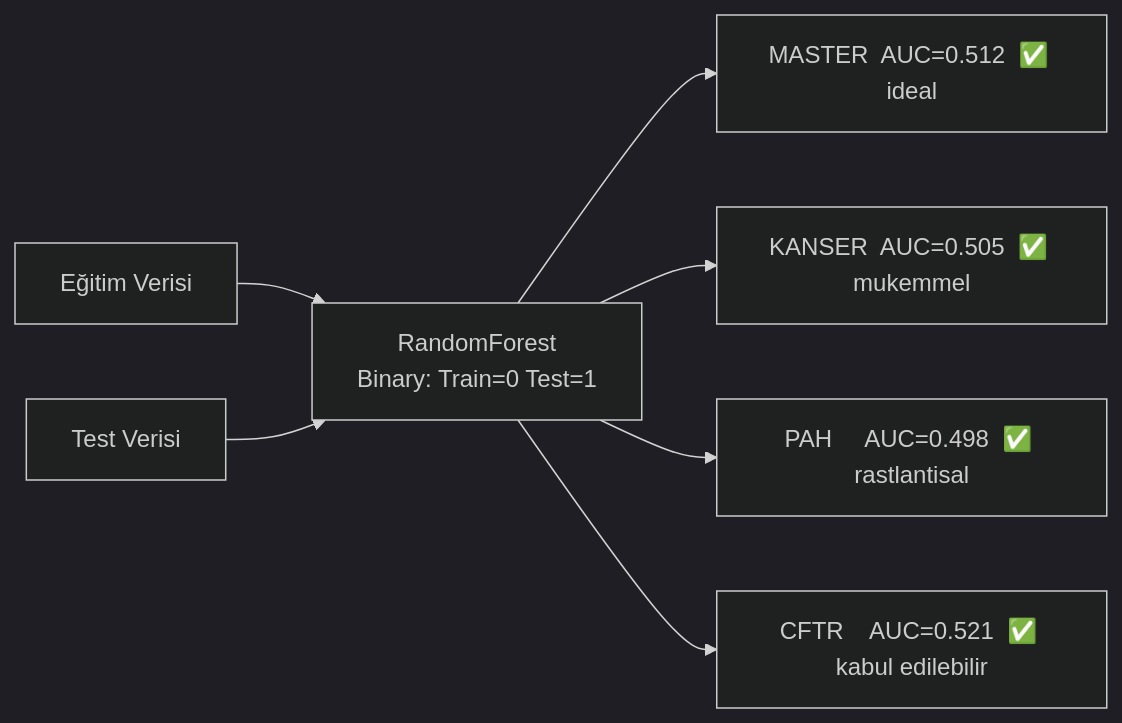
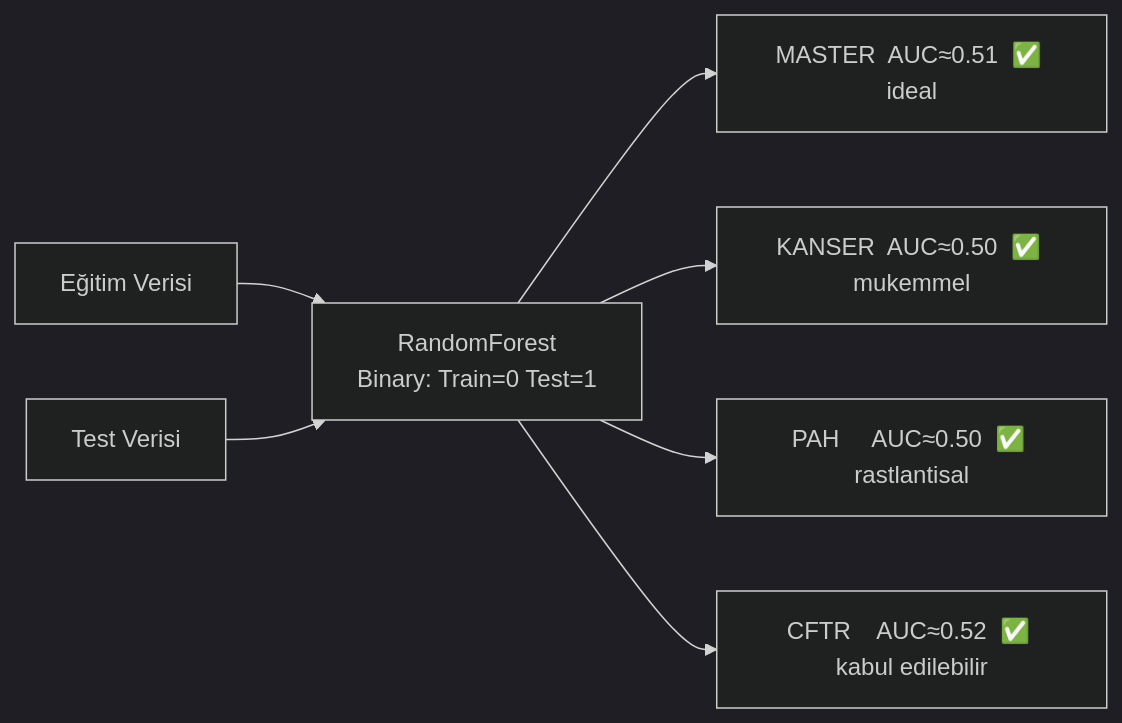
Before and after one commit to msgxr/VARIANT-GNN: the tenth of 17 diagrams in README.md, drawn with Mermaid (dark theme). The commit also changed other lines of this file and 1 other file, not shown here.

````diff
--- a/README.md
+++ b/README.md
@@ -429,17 +622,17 @@
 ```mermaid
 flowchart LR
     T["Eğitim Verisi"]
     TE["Test Verisi"]
     RF["RandomForest\nBinary: Train=0 Test=1"]
-    R1["MASTER  AUC=0.512  ✅ ideal"]
-    R2["KANSER  AUC=0.505  ✅ mukemmel"]
-    R3["PAH     AUC=0.498  ✅ rastlantisal"]
-    R4["CFTR    AUC=0.521  ✅ kabul edilebilir"]
+    R1["MASTER  AUC≈0.51  ✅ ideal"]
+    R2["KANSER  AUC≈0.50  ✅ mukemmel"]
+    R3["PAH     AUC≈0.50  ✅ rastlantisal"]
+    R4["CFTR    AUC≈0.52  ✅ kabul edilebilir"]
 
     T --> RF
     TE --> RF
     RF --> R1
     RF --> R2
     RF --> R3
     RF --> R4
 ```
````
